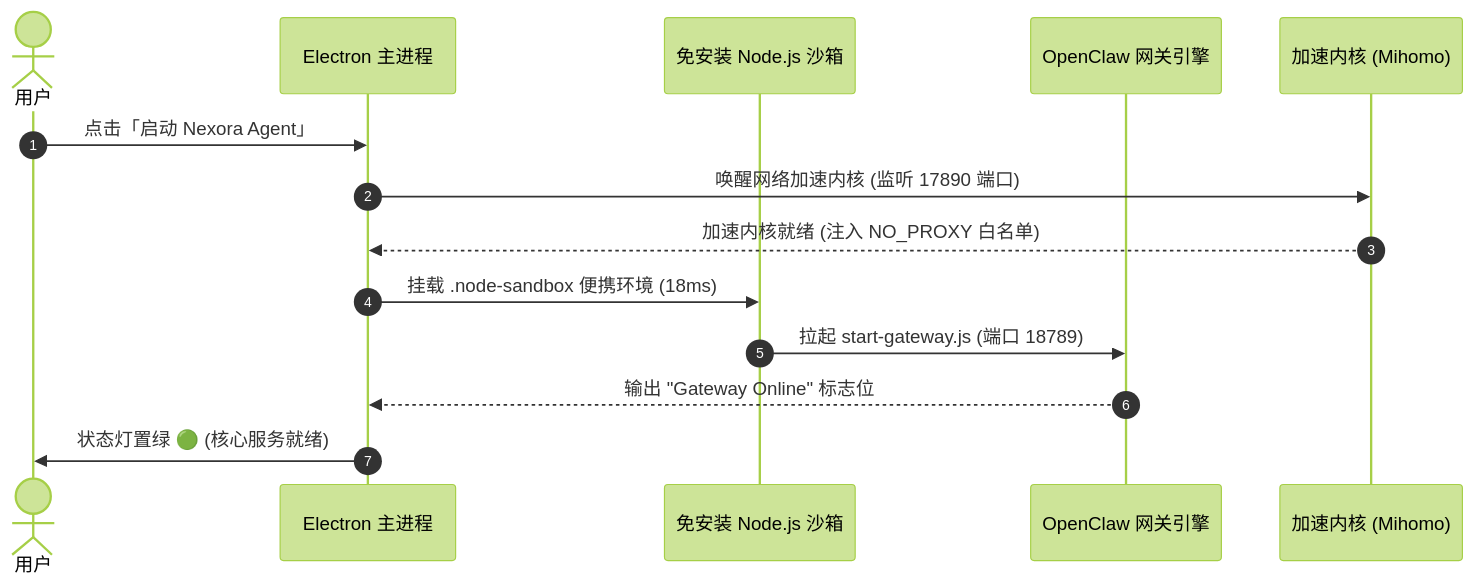
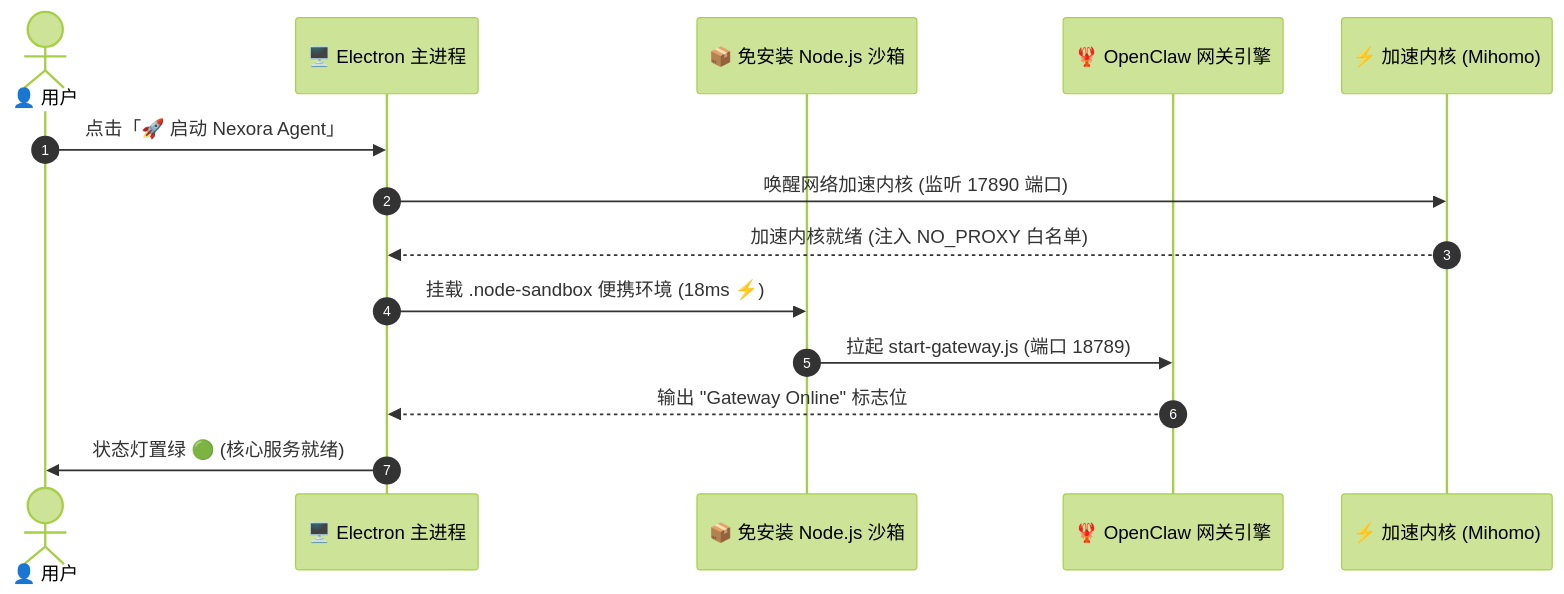
The second of 5 diagrams in README.md (2014-y/NexoraAgent), drawn with Mermaid (forest theme) before and after one commit. The commit also changed other lines of this file, not shown here.

````diff
--- a/README.md
+++ b/README.md
@@ -279,17 +337,17 @@
 ```mermaid
 sequenceDiagram
     autonumber
-    actor User as 用户
-    participant Main as Electron 主进程
-    participant Sandbox as 免安装 Node.js 沙箱
-    participant Gateway as OpenClaw 网关引擎
-    participant Proxy as 加速内核 (Mihomo)
+    actor User as 👤 用户
+    participant Main as 🖥️ Electron 主进程
+    participant Sandbox as 📦 免安装 Node.js 沙箱
+    participant Gateway as 🦞 OpenClaw 网关引擎
+    participant Proxy as ⚡ 加速内核 (Mihomo)
 
-    User->>Main: 点击「启动 Nexora Agent」
+    User->>Main: 点击「🚀 启动 Nexora Agent」
     Main->>Proxy: 唤醒网络加速内核 (监听 17890 端口)
     Proxy-->>Main: 加速内核就绪 (注入 NO_PROXY 白名单)
-    Main->>Sandbox: 挂载 .node-sandbox 便携环境 (18ms)
+    Main->>Sandbox: 挂载 .node-sandbox 便携环境 (18ms ⚡)
     Sandbox->>Gateway: 拉起 start-gateway.js (端口 18789)
     Gateway-->>Main: 输出 "Gateway Online" 标志位
     Main->>User: 状态灯置绿 🟢 (核心服务就绪)
 ```
````
